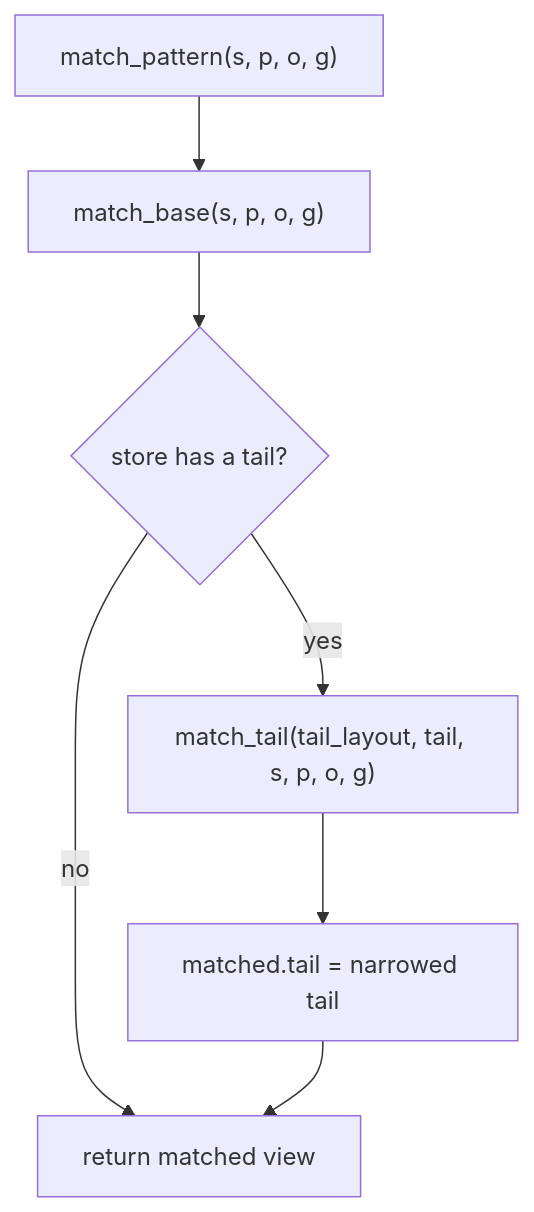
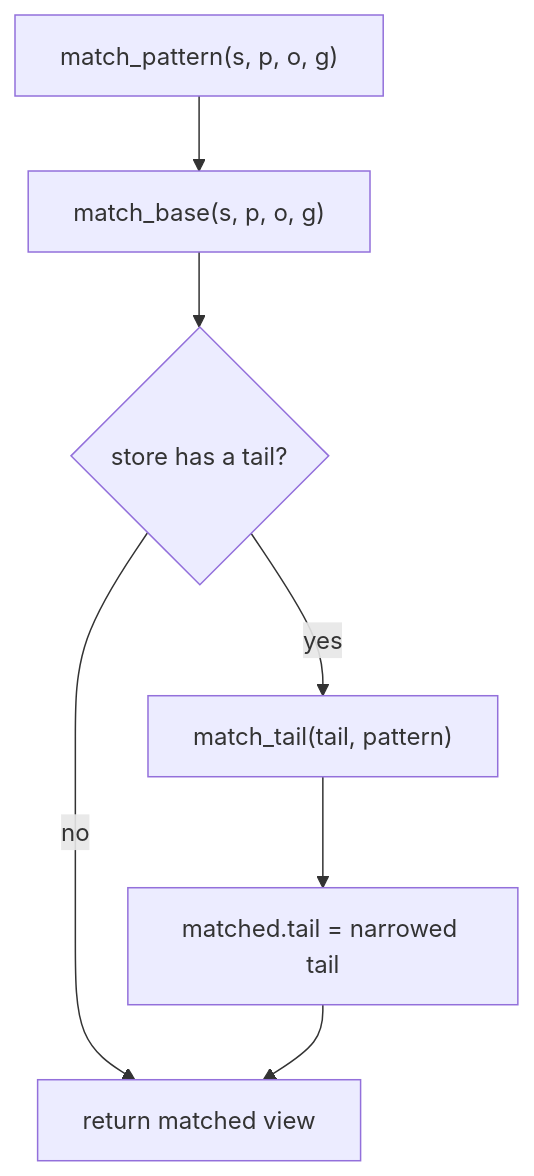
Before and after one commit to vortex-rdf/vortex-rdf: the first of 5 diagrams in docs/matching.md, drawn with Mermaid. The commit also changed other lines of this file and 5 other files, not shown here.

````diff
--- a/docs/matching.md
+++ b/docs/matching.md
@@ -99,9 +99,9 @@
 ```mermaid
 flowchart TD
     A["match_pattern(s, p, o, g)"] --> B["match_base(s, p, o, g)"]
     B --> C{"store has a tail?"}
     C -- no --> D["return matched view"]
-    C -- yes --> E["match_tail(tail_layout, tail, s, p, o, g)"]
+    C -- yes --> E["match_tail(tail, pattern)"]
     E --> F["matched.tail = narrowed tail"]
     F --> D
 ```
````
